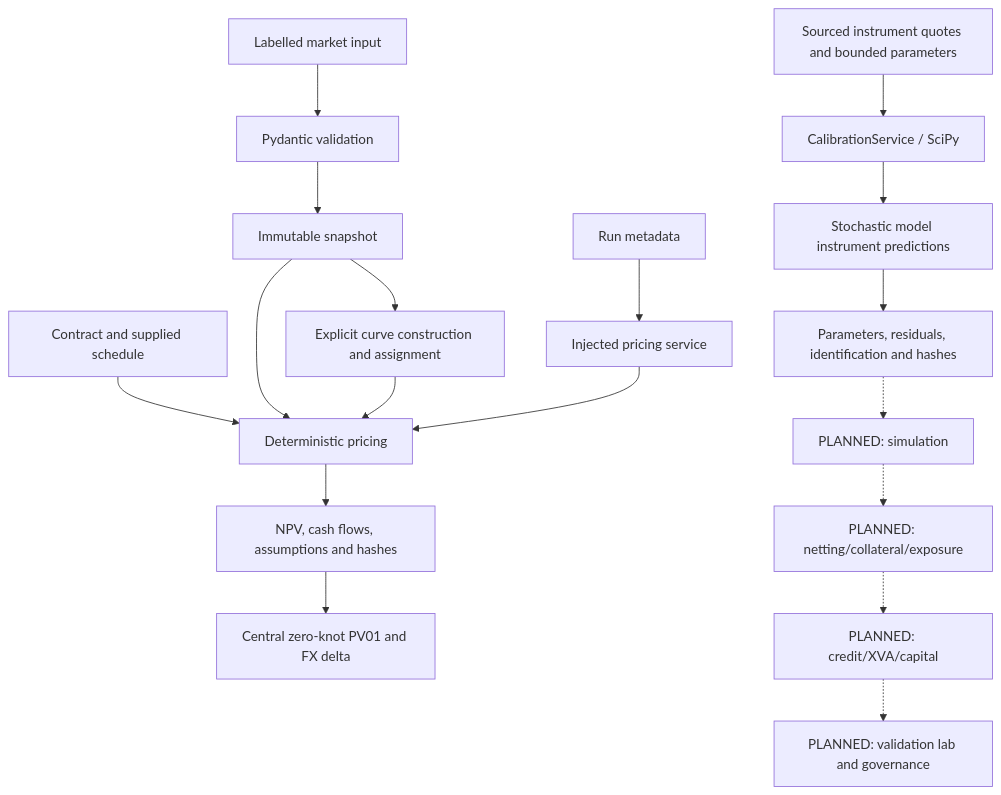
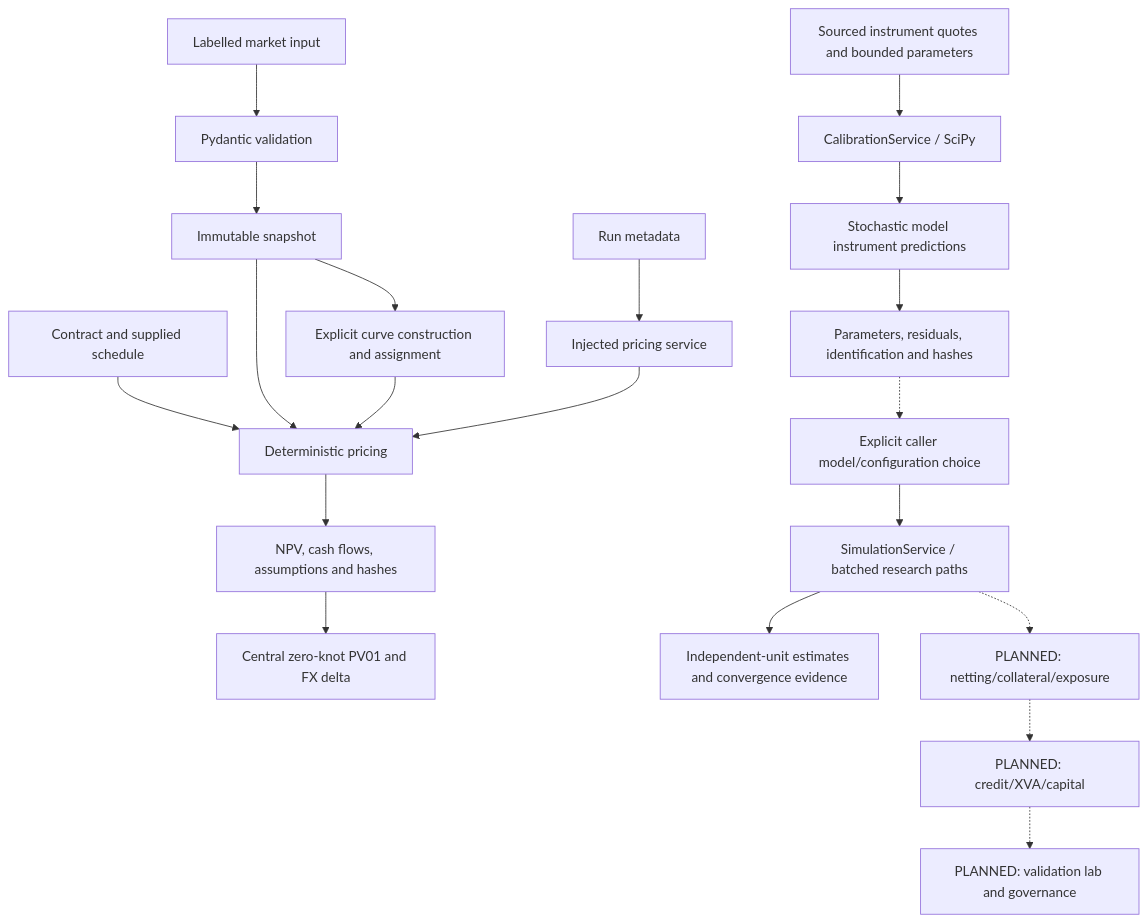
The diagram in docs/WORKFLOW.md (vaibhav7506/parallax-risk), drawn with Mermaid before and after one commit. The commit also changed other lines of this file and 31 other files, not shown here.

````diff
--- a/docs/WORKFLOW.md
+++ b/docs/WORKFLOW.md
@@ -3,20 +3,22 @@
 ```mermaid
 flowchart TD
     JSON[Labelled market input] --> VALID[Pydantic validation]
     VALID --> SNAP[Immutable snapshot]
     SNAP --> CURVES[Explicit curve construction and assignment]
     CONTRACT[Contract and supplied schedule] --> PRICE[Deterministic pricing]
     SNAP --> PRICE
     CURVES --> PRICE
     RUN[Run metadata] --> SERVICE[Injected pricing service]
     SERVICE --> PRICE
     PRICE --> RESULT[NPV, cash flows, assumptions and hashes]
     RESULT --> RISK[Central zero-knot PV01 and FX delta]
     CALJSON[Sourced instrument quotes and bounded parameters] --> CAL[CalibrationService / SciPy]
     CAL --> MODELS[Stochastic model instrument predictions]
     MODELS --> FIT[Parameters, residuals, identification and hashes]
-    FIT -.-> MC[PLANNED: simulation]
+    FIT -.-> CONFIG[Explicit caller model/configuration choice]
+    CONFIG --> MC[SimulationService / batched research paths]
+    MC --> STATS[Independent-unit estimates and convergence evidence]
     MC -.-> EXP[PLANNED: netting/collateral/exposure]
     EXP -.-> XVA[PLANNED: credit/XVA/capital]
     XVA -.-> GOV[PLANNED: validation lab and governance]
 ```
````
